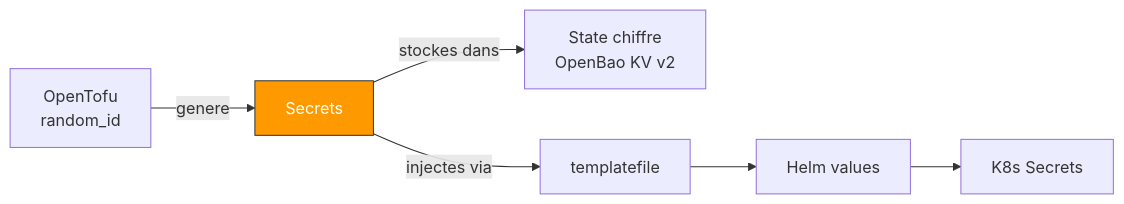
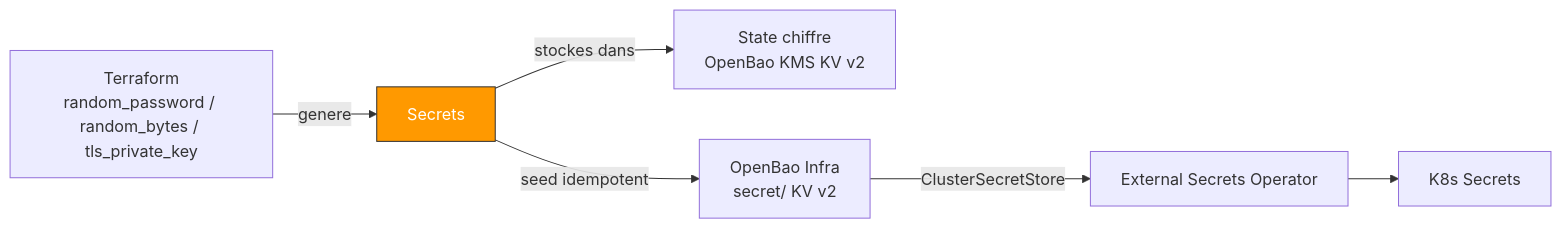
Before and after one commit to Destynova2/st4ck: the fourth of 8 diagrams in docs/explanation/architecture.md, drawn with Mermaid. The commit also changed other lines of this file and 25 other files, not shown here.

First line of the commit message:
docs: align docs with ADR-033 OpenBao/ESO/Flux ownership model

````diff
--- a/docs/explanation/architecture.md
+++ b/docs/explanation/architecture.md
@@ -95,10 +95,10 @@
 ```mermaid
 graph LR
-    TF[OpenTofu<br/>random_id] -->|genere| SEC[Secrets]
-    SEC -->|stockes dans| STATE[State chiffre<br/>OpenBao KV v2]
-    SEC -->|injectes via| TPL[templatefile]
-    TPL --> HELM[Helm values]
-    HELM --> K8S[K8s Secrets]
+    TF[Terraform<br/>random_password / random_bytes / tls_private_key] -->|genere| SEC[Secrets]
+    SEC -->|stockes dans| STATE[State chiffre<br/>OpenBao KMS KV v2]
+    SEC -->|seed idempotent| INFRA[OpenBao Infra<br/>secret/ KV v2]
+    INFRA -->|ClusterSecretStore| ESO[External Secrets Operator]
+    ESO --> K8S[K8s Secrets]
 
     style SEC fill:#f90,stroke:#333,color:#fff
 ```
````
